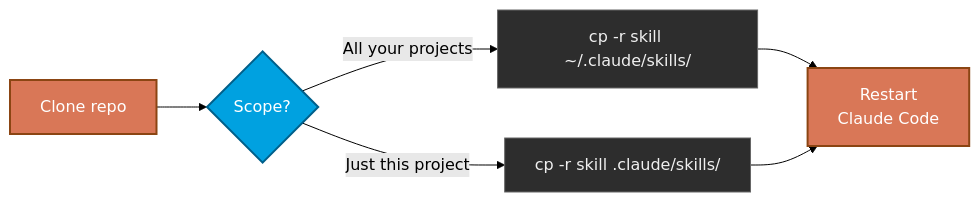
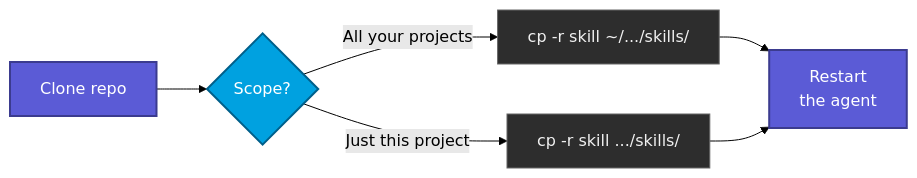
The third of 3 diagrams in README.md (Dyarchia/dyarchia-salesforce), drawn with Mermaid (forest theme) before and after one commit. The commit also changed other lines of this file and 2 other files, not shown here.

````diff
--- a/README.md
+++ b/README.md
@@ -117,16 +121,16 @@
 ```mermaid
 flowchart LR
     A[Clone repo] --> B{Scope?}
-    B -->|All your projects| C["cp -r skill ~/.claude/skills/"]
-    B -->|Just this project| D["cp -r skill .claude/skills/"]
-    C --> E[Restart<br/>Claude Code]
+    B -->|All your projects| C["cp -r skill ~/.../skills/"]
+    B -->|Just this project| D["cp -r skill .../skills/"]
+    C --> E[Restart<br/>the agent]
     D --> E
 
-    classDef step fill:#D97757,stroke:#8B4513,color:#fff,stroke-width:2px
+    classDef step fill:#5B5BD6,stroke:#3B3B8F,color:#fff,stroke-width:2px
     classDef decision fill:#00A1E0,stroke:#005F8A,color:#fff,stroke-width:2px
     classDef cmd fill:#2d2d2d,stroke:#666,color:#f0f0f0
 
     class A,E step
     class B decision
     class C,D cmd
 ```
````
